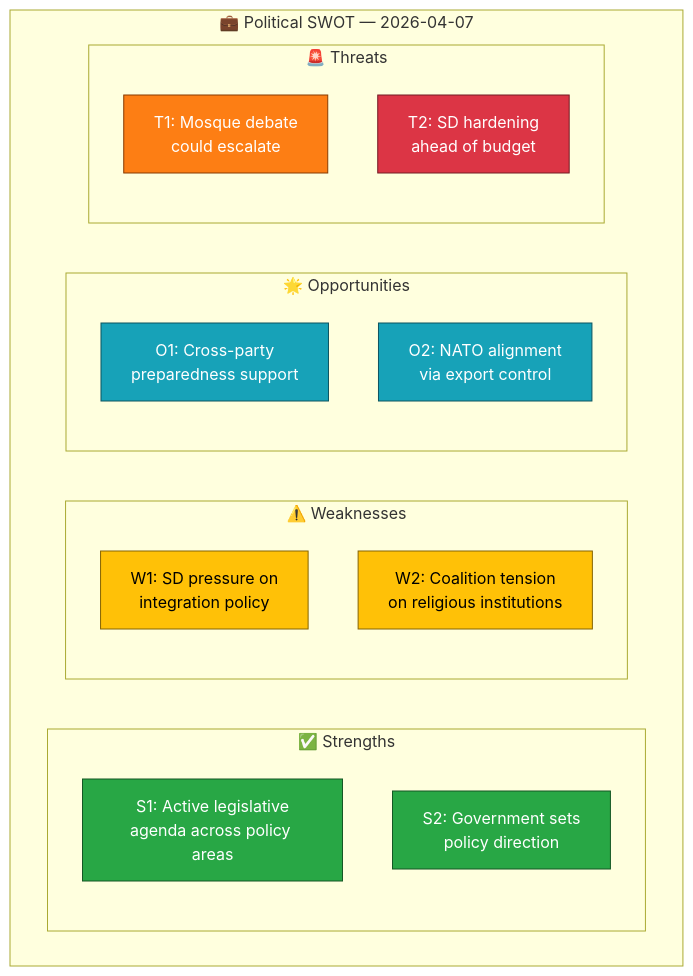
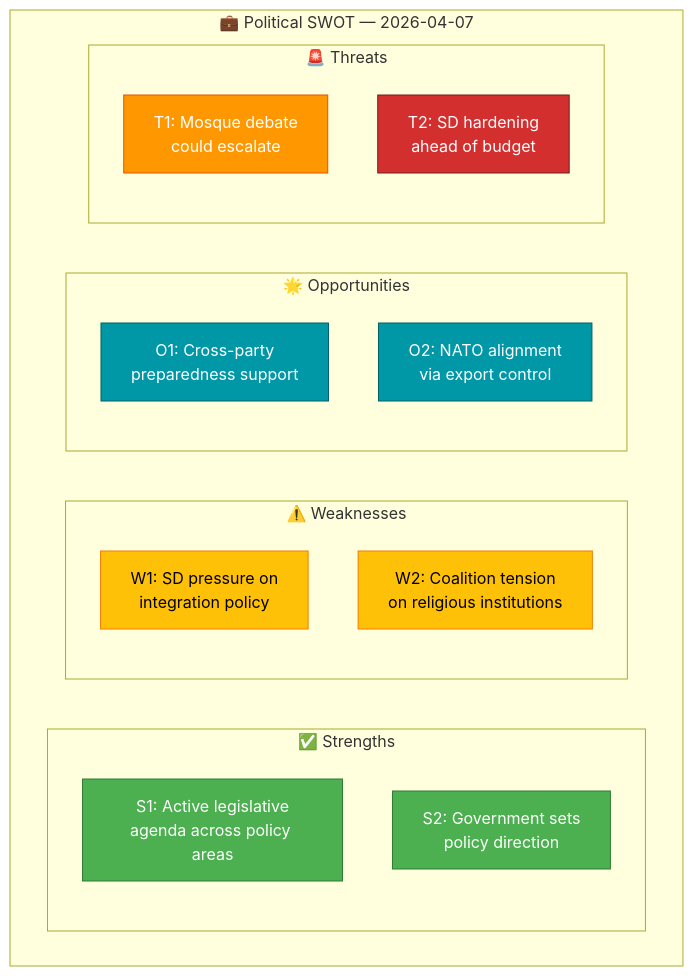
The diagram in analysis/daily/2026-04-07/realtime-1411/swot-analysis.md (Hack23/riksdagsmonitor), drawn with Mermaid before and after one commit. The commit also changed 785 other files, not shown here.

First line of the commit message:
Normalize mermaid colors across 786 analysis artifacts to ISMS Style Guide palette

````diff
--- a/analysis/daily/2026-04-07/realtime-1411/swot-analysis.md
+++ b/analysis/daily/2026-04-07/realtime-1411/swot-analysis.md
@@ -49,29 +49,29 @@
 ```mermaid
 graph TD
     subgraph "💼 Political SWOT — 2026-04-07"
         subgraph "✅ Strengths"
             S1["S1: Active legislative<br>agenda across policy areas"]
             S2["S2: Government sets<br>policy direction"]
         end
         subgraph "⚠️ Weaknesses"
             W1["W1: SD pressure on<br>integration policy"]
             W2["W2: Coalition tension<br>on religious institutions"]
         end
         subgraph "🌟 Opportunities"
             O1["O1: Cross-party<br>preparedness support"]
             O2["O2: NATO alignment<br>via export control"]
         end
         subgraph "🚨 Threats"
             T1["T1: Mosque debate<br>could escalate"]
             T2["T2: SD hardening<br>ahead of budget"]
         end
     end
-    style S1 fill:#28a745,stroke:#155724,color:#fff
-    style S2 fill:#28a745,stroke:#155724,color:#fff
-    style W1 fill:#ffc107,stroke:#856404,color:#000
-    style W2 fill:#ffc107,stroke:#856404,color:#000
-    style O1 fill:#17a2b8,stroke:#0c5460,color:#fff
-    style O2 fill:#17a2b8,stroke:#0c5460,color:#fff
-    style T1 fill:#fd7e14,stroke:#873b00,color:#fff
-    style T2 fill:#dc3545,stroke:#721c24,color:#fff
+    style S1 fill:#4CAF50,stroke:#2E7D32,color:#FFFFFF
+    style S2 fill:#4CAF50,stroke:#2E7D32,color:#FFFFFF
+    style W1 fill:#FFC107,stroke:#F57C00,color:#000000
+    style W2 fill:#FFC107,stroke:#F57C00,color:#000000
+    style O1 fill:#0097A7,stroke:#006064,color:#FFFFFF
+    style O2 fill:#0097A7,stroke:#006064,color:#FFFFFF
+    style T1 fill:#FF9800,stroke:#E65100,color:#FFFFFF
+    style T2 fill:#D32F2F,stroke:#721c24,color:#FFFFFF
 ```
````
